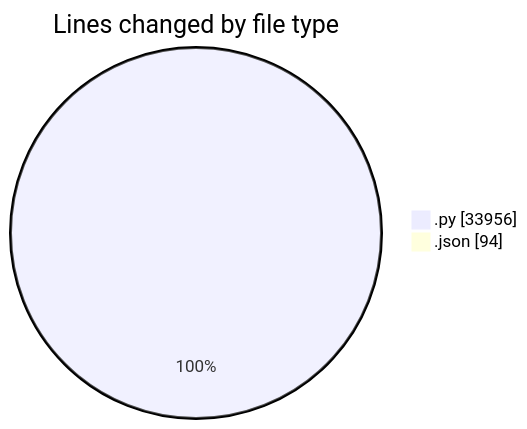
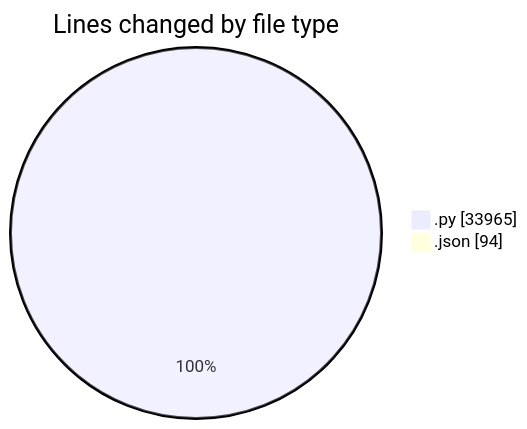
Before and after one commit to jrari/code-tracking: the first of 2 diagrams in 2025-07-14/telebot/README.md, drawn with Mermaid. The commit also changed other lines of this file and 1 other file, not shown here.

````diff
--- a/2025-07-14/telebot/README.md
+++ b/2025-07-14/telebot/README.md
@@ -57,6 +57,6 @@
 ```mermaid
 pie showData
 title Lines changed by file type
-".py" : 33956
+".py" : 33965
 ".json" : 94
 ```
````
